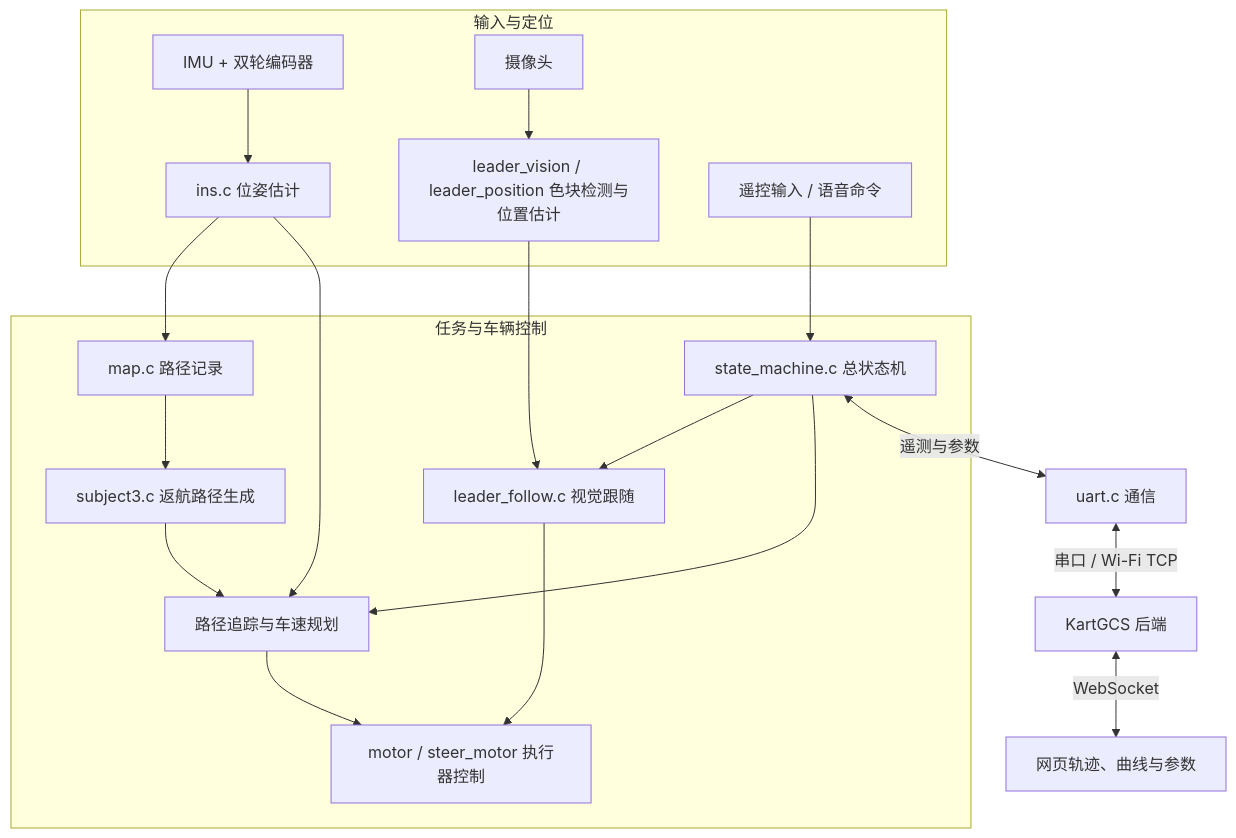
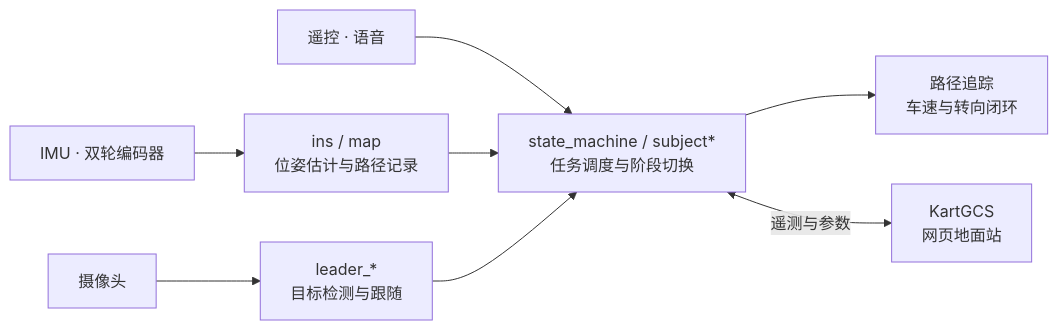
Before and after one commit to Tansir11/engineering-portfolio: the first of 2 diagrams in projects/01-kart-racing.md, drawn with Mermaid.

Commit message:
Make system overview easier to scan

````diff
--- a/projects/01-kart-racing.md
+++ b/projects/01-kart-racing.md
@@ -41,29 +41,10 @@
 ```mermaid
-flowchart TD
-    subgraph INPUT["输入与定位"]
-        I["IMU + 双轮编码器"] --> P["ins.c 位姿估计"]
-        CAM["摄像头"] --> V["leader_vision / leader_position 色块检测与位置估计"]
-        RC["遥控输入 / 语音命令"]
-    end
-    subgraph CONTROL["任务与车辆控制"]
-        SM["state_machine.c 总状态机"]
-        MAP["map.c 路径记录"]
-        FOLLOW["leader_follow.c 视觉跟随"]
-        RETURN["subject3.c 返航路径生成"]
-        TRACK["路径追踪与车速规划"]
-        EXEC["motor / steer_motor 执行器控制"]
-    end
-    P --> MAP
-    P --> TRACK
-    V --> FOLLOW
-    RC --> SM
-    SM --> FOLLOW
-    SM --> TRACK
-    MAP --> RETURN
-    RETURN --> TRACK
-    FOLLOW --> EXEC
-    TRACK --> EXEC
-    SM <-->|"遥测与参数"| UART["uart.c 通信"]
-    UART <-->|"串口 / Wi-Fi TCP"| GCS["KartGCS 后端"]
-    GCS <-->|"WebSocket"| WEB["网页轨迹、曲线与参数"]
+flowchart LR
+    S["IMU · 双轮编码器"] --> P["ins / map<br/>位姿估计与路径记录"]
+    C["摄像头"] --> V["leader_*<br/>目标检测与跟随"]
+    R["遥控 · 语音"] --> T["state_machine / subject*<br/>任务调度与阶段切换"]
+    P --> T
+    V --> T
+    T --> E["路径追踪<br/>车速与转向闭环"]
+    T <-->|"遥测与参数"| G["KartGCS<br/>网页地面站"]
 ```
````
